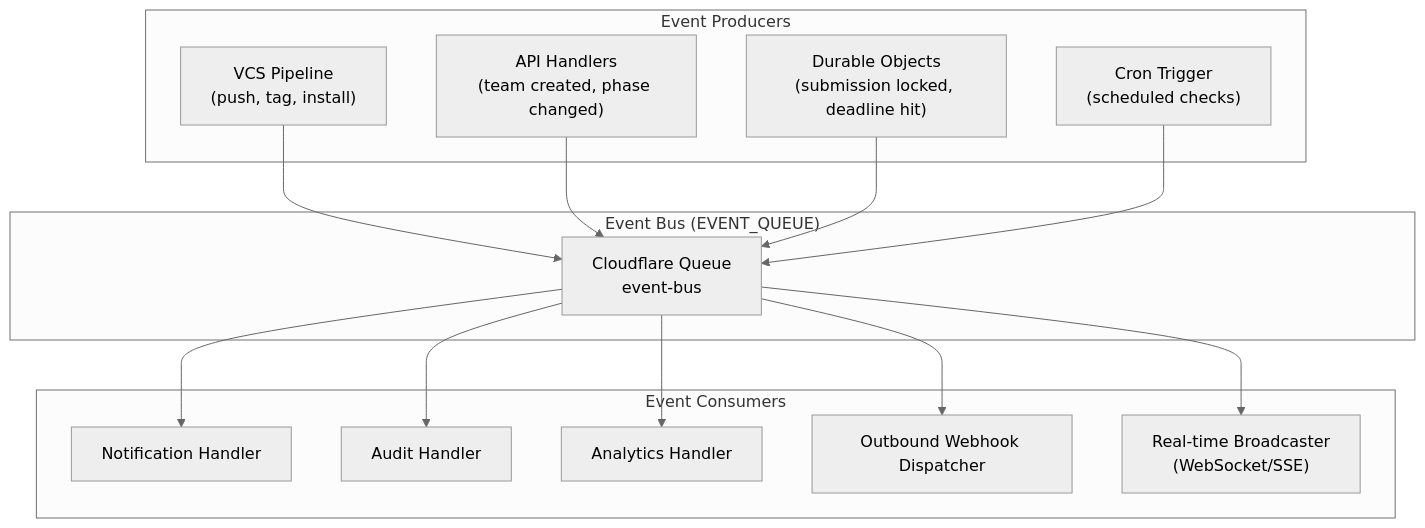
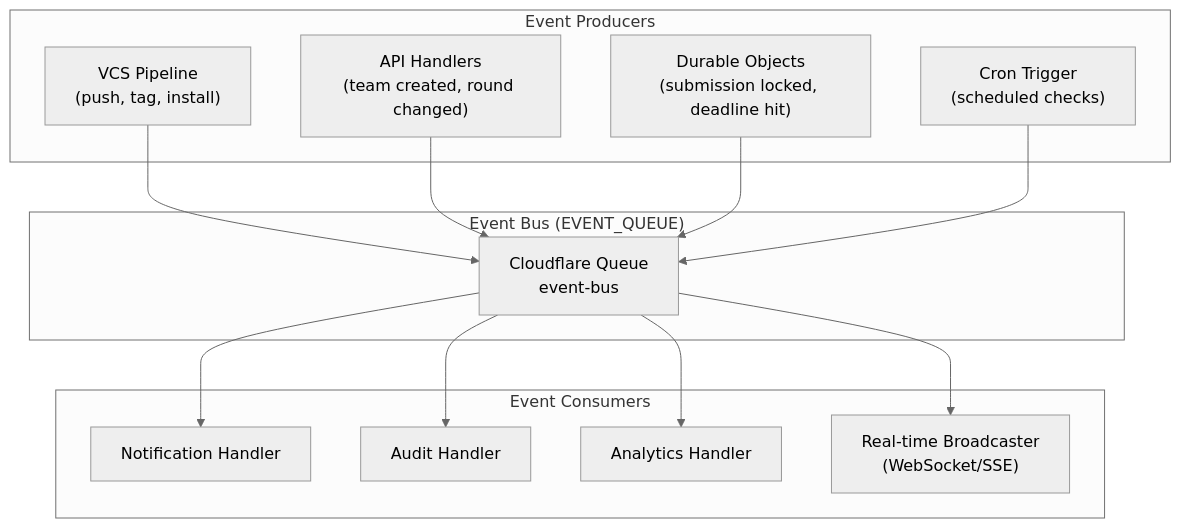
One commit to devangshupandey2025-stack/DevSage changed diagram 12 of 12 in docs/v3/planned/webhooks-integrations.md. Above: the diagram before and after it, drawn with Mermaid (neutral theme). The commit also changed other lines of this file, not shown here.

````diff
--- a/docs/v3/planned/webhooks-integrations.md
+++ b/docs/v3/planned/webhooks-integrations.md
@@ -666,32 +533,30 @@
 ```mermaid
 flowchart TD
     subgraph "Event Producers"
         VP["VCS Pipeline<br/>(push, tag, install)"]
-        API["API Handlers<br/>(team created, phase changed)"]
+        API["API Handlers<br/>(team created, round changed)"]
         DO["Durable Objects<br/>(submission locked, deadline hit)"]
         CRON["Cron Trigger<br/>(scheduled checks)"]
     end
 
     subgraph "Event Bus (EVENT_QUEUE)"
         BUS["Cloudflare Queue<br/>event-bus"]
     end
 
     subgraph "Event Consumers"
         NF["Notification Handler"]
         AU["Audit Handler"]
         AN["Analytics Handler"]
-        OW["Outbound Webhook Dispatcher"]
         RT["Real-time Broadcaster<br/>(WebSocket/SSE)"]
     end
 
     VP --> BUS
     API --> BUS
     DO --> BUS
     CRON --> BUS
 
     BUS --> NF
     BUS --> AU
     BUS --> AN
-    BUS --> OW
     BUS --> RT
 ```
````
